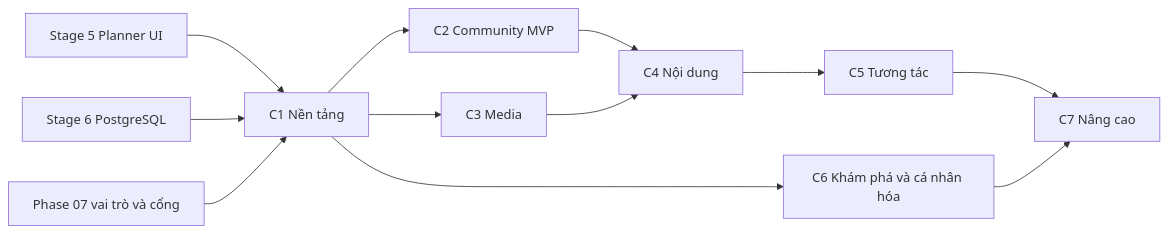
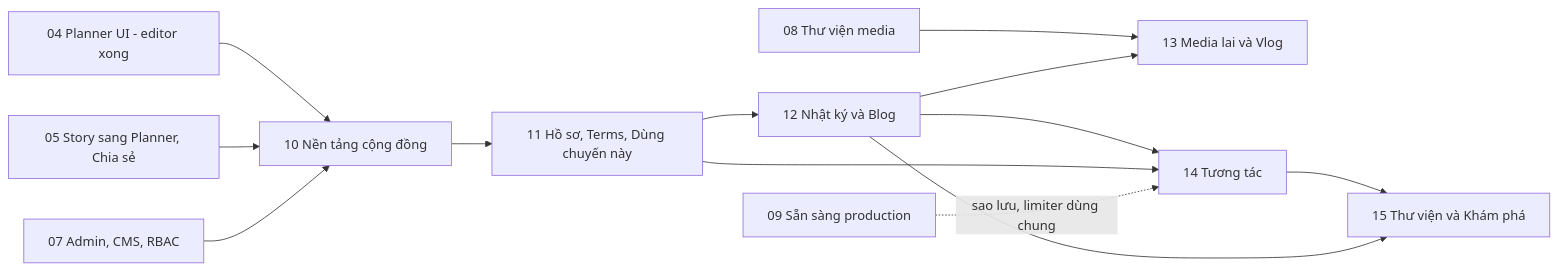
The diagram in docs/specs-community-roadmap.vi.md (doanviethung1009/chuyennhahung_planner), drawn with Mermaid before and after one commit. The commit also changed other lines of this file and 25 other files, not shown here.

First line of the commit message:
docs(specs): align community specs with Phase 10-15 and add ADR 0019

````diff
--- a/docs/specs-community-roadmap.vi.md
+++ b/docs/specs-community-roadmap.vi.md
@@ -31,14 +36,15 @@
 ```mermaid
 flowchart LR
-    S5[Stage 5 Planner UI] --> C1
-    S6[Stage 6 PostgreSQL] --> C1
-    P07[Phase 07 vai trò và cổng] --> C1
-    C1[C1 Nền tảng] --> C2[C2 Community MVP]
-    C1 --> C3[C3 Media]
-    C2 --> C4[C4 Nội dung]
-    C3 --> C4
-    C4 --> C5[C5 Tương tác]
-    C1 --> C6[C6 Khám phá và cá nhân hóa]
-    C5 --> C7[C7 Nâng cao]
-    C6 --> C7
+    P04[04 Planner UI - editor xong] --> P10
+    P05[05 Story sang Planner, Chia sẻ] --> P10
+    P07[07 Admin, CMS, RBAC] --> P10
+    P10[10 Nền tảng cộng đồng] --> P11[11 Hồ sơ, Terms, Dùng chuyến này]
+    P11 --> P12[12 Nhật ký và Blog]
+    P08[08 Thư viện media] --> P13[13 Media lai và Vlog]
+    P12 --> P13
+    P12 --> P14[14 Tương tác]
+    P11 --> P14
+    P14 --> P15[15 Thư viện và Khám phá]
+    P12 --> P15
+    P09[09 Sẵn sàng production] -. sao lưu, limiter dùng chung .-> P14
 ```
````
